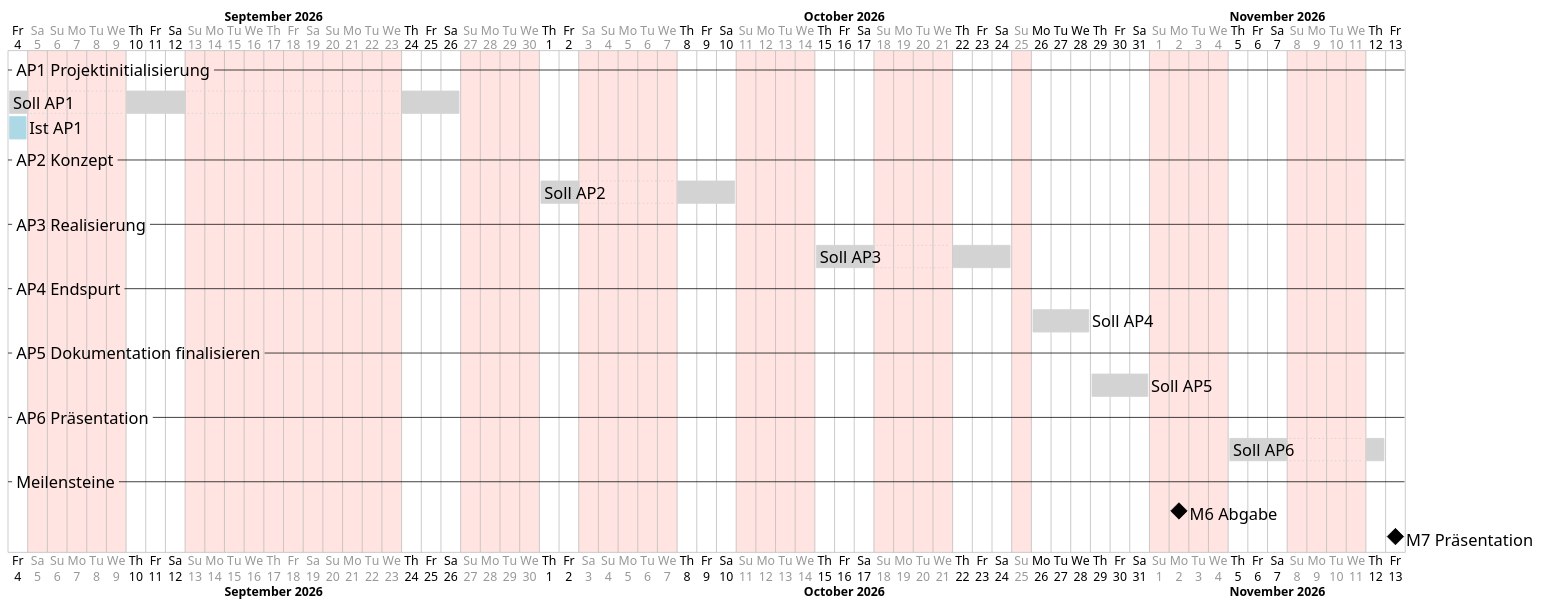
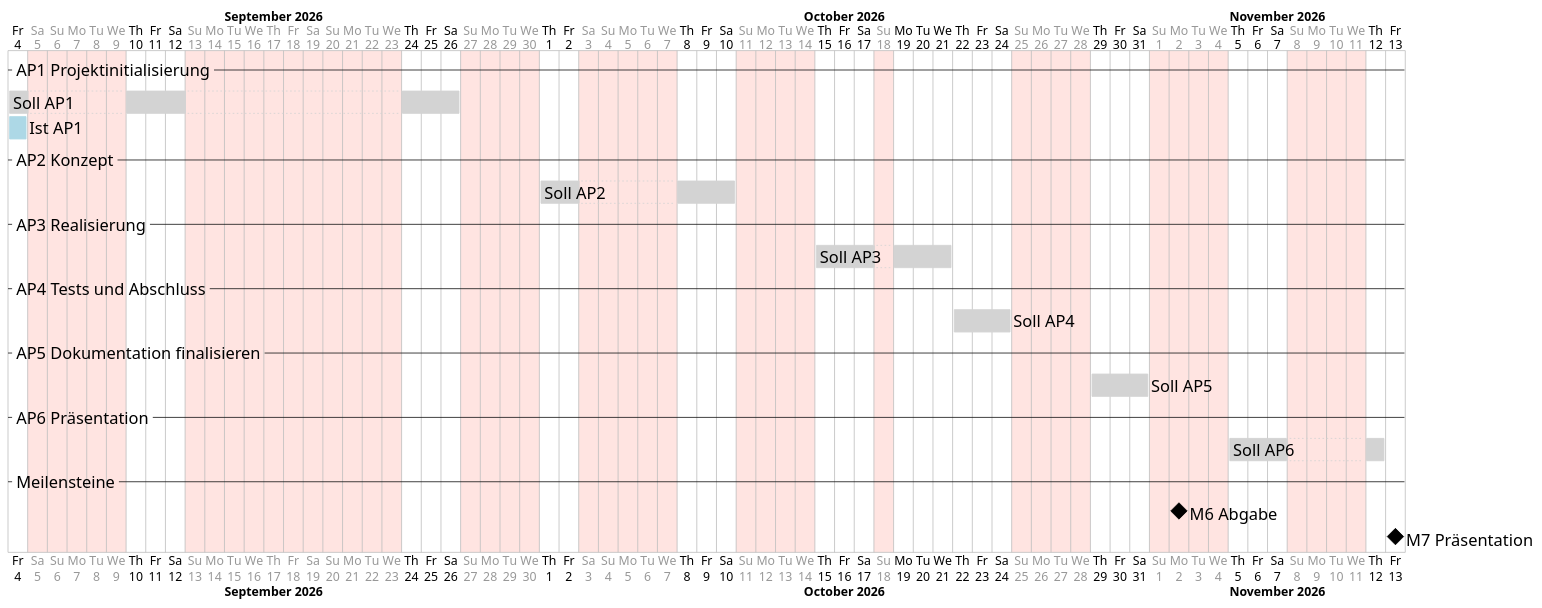
Before and after one commit to Adyrem/diploma-label-localization: the diagram in documentation/diagrams/Terminplan_SollIst.puml, drawn with PlantUML. The commit also changed 6 other files, not shown here.

```diff
--- a/documentation/diagrams/Terminplan_SollIst.puml
+++ b/documentation/diagrams/Terminplan_SollIst.puml
@@ -1,61 +1,61 @@
 @startgantt
 ' Soll/Ist-Vergleich auf Phasenebene, fuer das Kapitel Reflexion.
 ' Waehrend des Projekts laufend nachfuehren: pro Arbeitspaket die Ist-Zeile
 ' auf die effektiven Start- und Enddaten setzen. Quelle ist die Tabelle
 ' "Detailplanung und Aufwanderfassung" im Anhang.
 ' Rendern: plantuml -tpng -charset UTF-8 Terminplan_SollIst.puml
 
 <style>
 ganttDiagram {
   task { FontSize 20 }
   milestone { FontSize 20 }
   separator { FontSize 20 }
   timeline { FontSize 15 }
   closed { BackGroundColor MistyRose }
 }
 </style>
 
 projectscale daily zoom 1
 project starts 2026-09-04
 
 monday are closed
 tuesday are closed
 wednesday are closed
 sunday are closed
 
 2026-09-05 to 2026-09-06 are closed
 2026-09-17 to 2026-09-20 are closed
 2026-10-03 to 2026-10-04 are closed
-2026-10-26 to 2026-10-28 are open
+2026-10-19 to 2026-10-21 are open
 
 -- AP1 Projektinitialisierung --
 [Soll AP1] as [S1] starts 2026-09-04 and requires 7 days
 [Ist AP1] as [I1] starts 2026-09-04 and requires 1 day
 
 -- AP2 Konzept --
 [Soll AP2] as [S2] starts 2026-10-01 and requires 5 days
 
 -- AP3 Realisierung --
 [Soll AP3] as [S3] starts 2026-10-15 and requires 6 days
 
--- AP4 Endspurt --
-[Soll AP4] as [S4] starts 2026-10-26 and requires 3 days
+-- AP4 Tests und Abschluss --
+[Soll AP4] as [S4] starts 2026-10-22 and requires 3 days
 
 -- AP5 Dokumentation finalisieren --
 [Soll AP5] as [S5] starts 2026-10-29 and requires 3 days
 
 -- AP6 Präsentation --
 [Soll AP6] as [S6] starts 2026-11-05 and requires 4 days
 
 -- Meilensteine --
 [M6 Abgabe] happens 2026-11-02
 [M7 Präsentation] happens 2026-11-13
 
 [S1] is colored in LightGray
 [S2] is colored in LightGray
 [S3] is colored in LightGray
 [S4] is colored in LightGray
 [S5] is colored in LightGray
 [S6] is colored in LightGray
 [I1] is colored in LightBlue
 @endgantt
```
